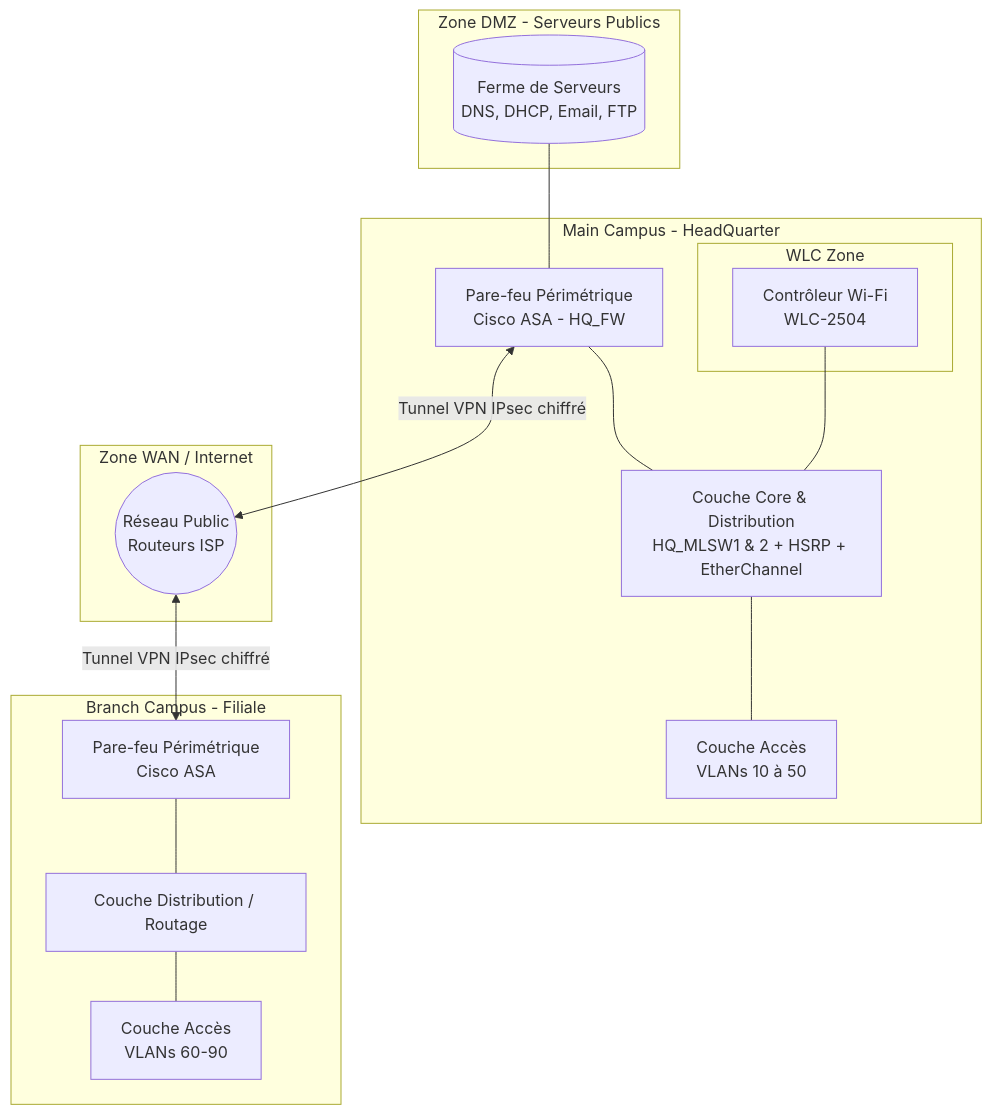
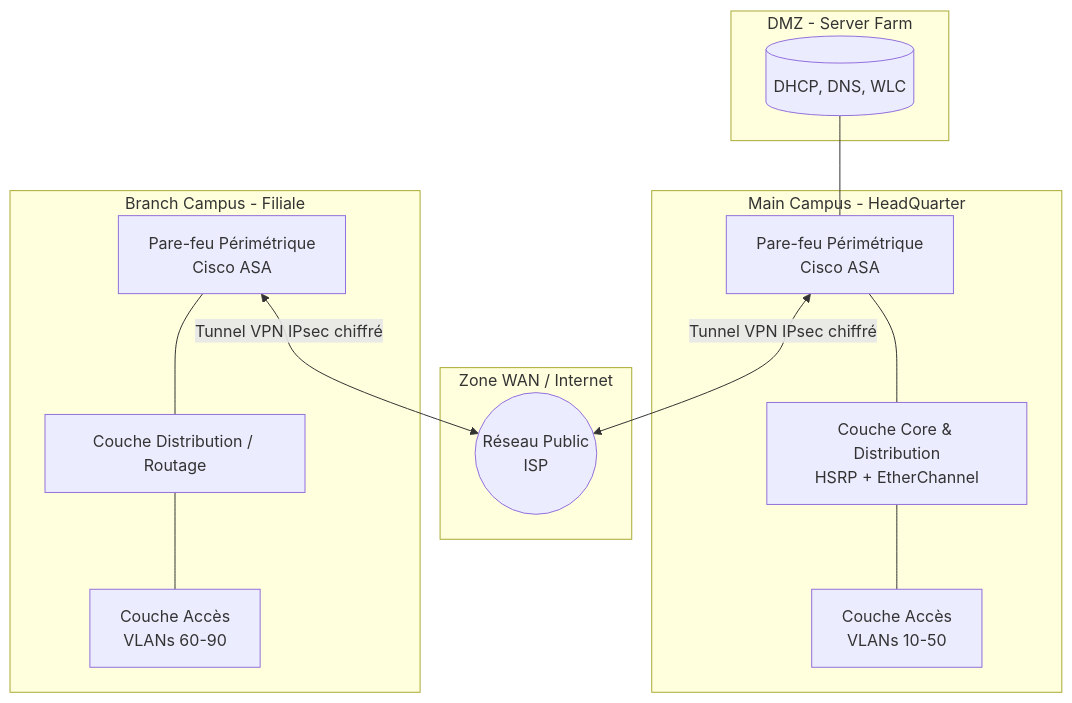
The diagram in Architecture Réseau Campus Sécurisée (Cisco).md (JulianKuypers/portfolio), drawn with Mermaid before and after one commit.

Commit message:
Revise network architecture diagram and descriptions
Updated the network architecture diagram and descriptions for clarity and accuracy.

````diff
--- a/Architecture Réseau Campus Sécurisée (Cisco).md
+++ b/Architecture Réseau Campus Sécurisée (Cisco).md
@@ -5,43 +5,37 @@
 ```mermaid
 graph TD
-    %% 1. La DMZ placée tout à gauche
-    subgraph DMZ [Zone DMZ - Serveurs Publics]
-        Servers[(Ferme de Serveurs<br/>DNS, DHCP, Email, FTP)]
+    %% 1. La DMZ placée au centre-haut (juste au-dessus du lien central)
+    subgraph DMZ [DMZ - Server Farm]
+        Servers[(DHCP, DNS, WLC)]
     end
 
-    %% 2. Le Campus Principal au centre
+    %% 2. Le Réseau WAN / Internet bien au milieu
+    subgraph WAN [Zone WAN / Internet]
+        ISP((Réseau Public<br/>ISP))
+    end
+
+    %% 3. Le Campus Principal à gauche
     subgraph HQ [Main Campus - HeadQuarter]
-        ASA_HQ[Pare-feu Périmétrique<br/>Cisco ASA - HQ_FW]
-        
-        subgraph WLC_Zone [WLC Zone]
-            WLC[Contrôleur Wi-Fi<br/>WLC-2504]
-        end
-        
-        Core[Couche Core & Distribution<br/>HQ_MLSW1 & 2 + HSRP + EtherChannel]
-        Acc[Couche Accès<br/>VLANs 10 à 50]
+        ASA_HQ[Pare-feu Périmétrique<br/>Cisco ASA]
+        Core[Couche Core & Distribution<br/>HSRP + EtherChannel]
+        Acc[Couche Accès<br/>VLANs 10-50]
         
         ASA_HQ --- Core
-        WLC --- Core
         Core --- Acc
     end
 
-    %% 3. Le WAN à droite du HQ
-    subgraph WAN [Zone WAN / Internet]
-        ISP((Réseau Public<br/>Routeurs ISP))
-    end
-
-    %% 4. La Filiale tout à droite
+    %% 4. La Filiale à droite
     subgraph Branch [Branch Campus - Filiale]
         ASA_BR[Pare-feu Périmétrique<br/>Cisco ASA]
         Dist_BR[Couche Distribution / Routage]
         Acc_BR[Couche Accès<br/>VLANs 60-90]
 
         ASA_BR --- Dist_BR
         Dist_BR --- Acc_BR
     end
 
-    %% Les liaisons qui forcent l'affichage de gauche à droite
+    %% 5. Connexions et flux logiques
     Servers --- ASA_HQ
     ASA_HQ <-->|Tunnel VPN IPsec chiffré| ISP
-    ISP <-->|Tunnel VPN IPsec chiffré| ASA_BR
+    ASA_BR <-->|Tunnel VPN IPsec chiffré| ISP
 ```
````
